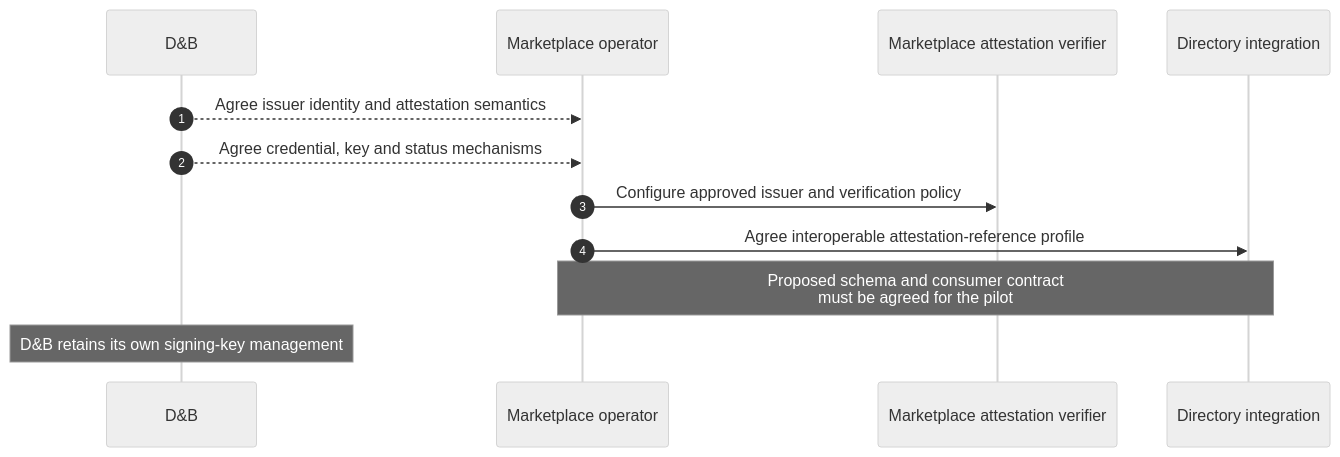
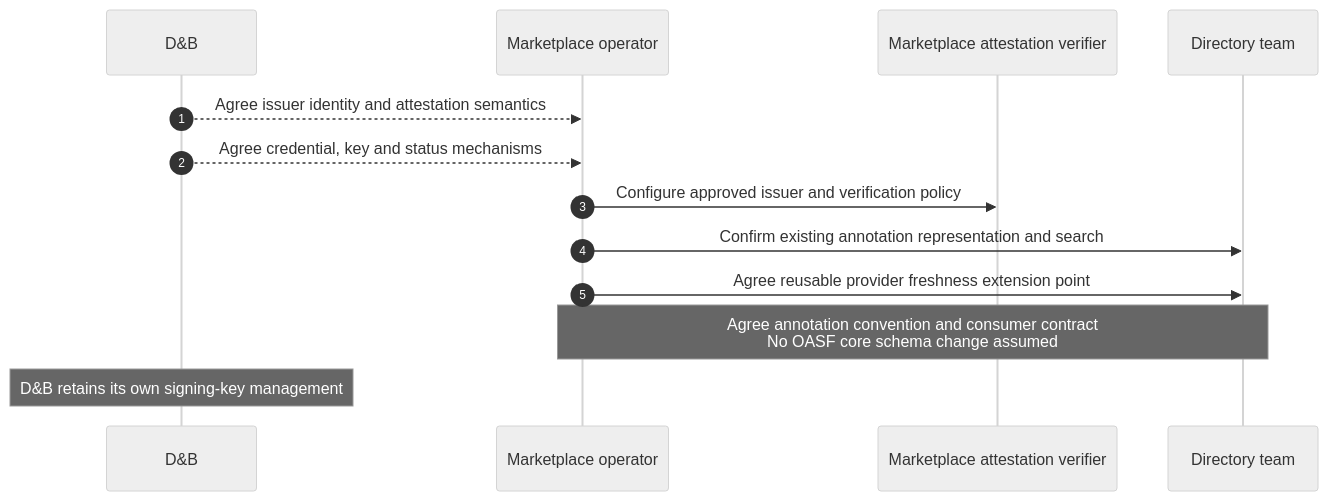
One commit to agntcy/agent-identity-demos changed the first of 7 diagrams in docs/cross-domain/dnb-attestation-proposal.md. Above: the diagram before and after it, drawn with Mermaid (neutral theme). The commit also changed other lines of this file, not shown here.

Commit message:
docs: clarify D&B freshness requirements and ownership

````diff
--- a/docs/cross-domain/dnb-attestation-proposal.md
+++ b/docs/cross-domain/dnb-attestation-proposal.md
@@ -32,14 +54,15 @@
 ```mermaid
 sequenceDiagram
     autonumber
     participant DB as D&B
     participant M as Marketplace operator
     participant T as Marketplace attestation verifier
-    participant D as Directory integration
+    participant D as Directory team
     DB-->>M: Agree issuer identity and attestation semantics
     DB-->>M: Agree credential, key and status mechanisms
     M->>T: Configure approved issuer and verification policy
-    M->>D: Agree interoperable attestation-reference profile
-    Note over M,D: Proposed schema and consumer contract<br/>must be agreed for the pilot
+    M->>D: Confirm existing annotation representation and search
+    M->>D: Agree reusable provider freshness extension point
+    Note over M,D: Agree annotation convention and consumer contract<br/>No OASF core schema change assumed
     Note over DB: D&B retains its own signing-key management
 ```
````
